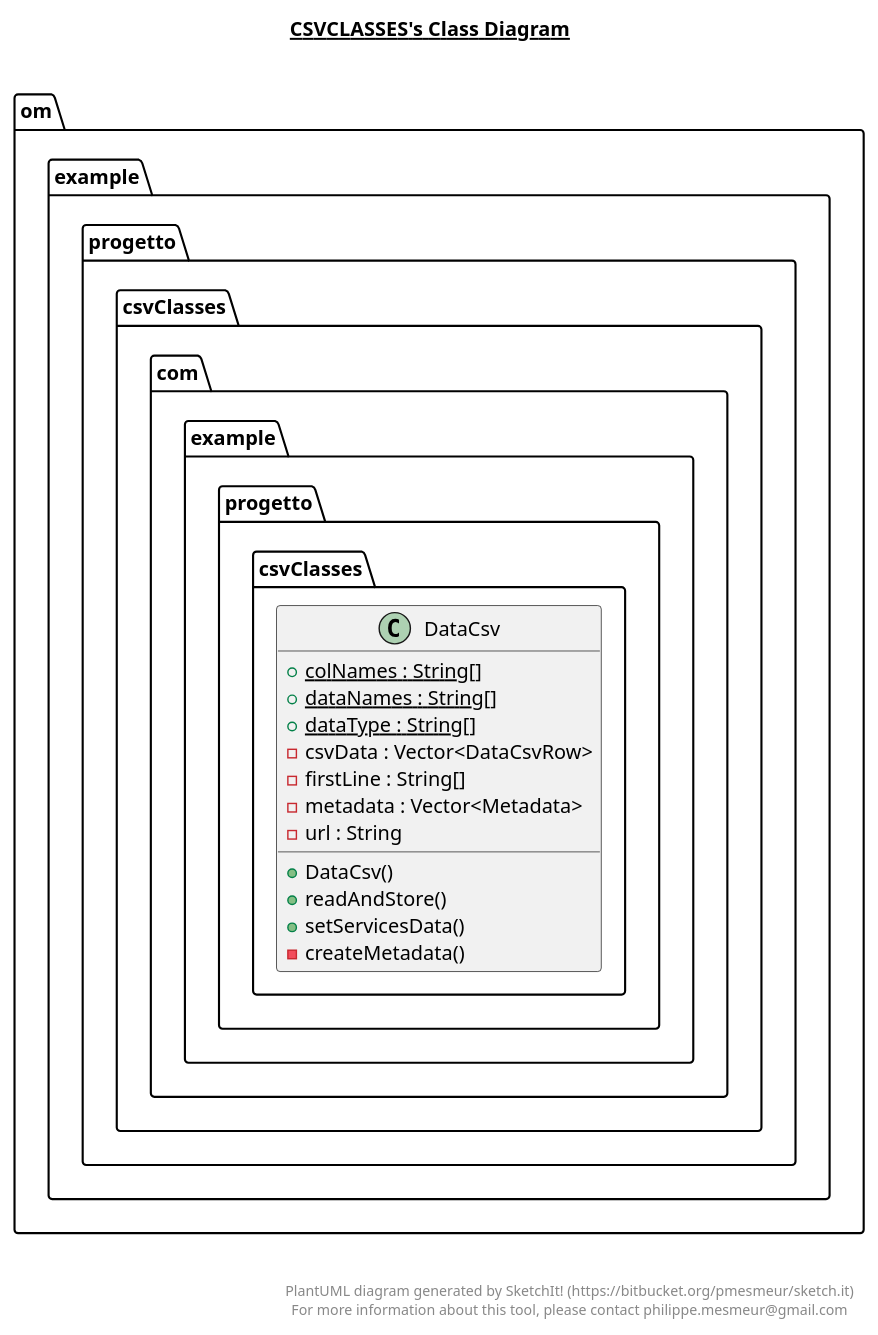
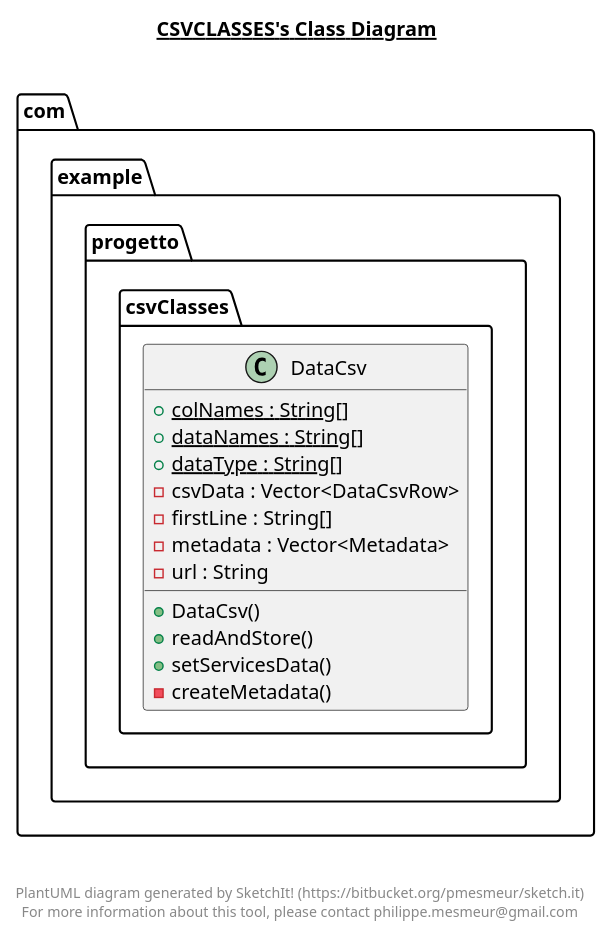
One commit to defo-cris/progetto-programmazione-ad-oggetti-java changed the diagram in src/main/java/com/example/progetto/csvClasses/csvClasses.plantuml. Above: the diagram before and after it, drawn with PlantUML. The commit also changed 22 other files, not shown here.

Commit message:
javadoc done, uml done, testing uml on the readme

```diff
--- a/src/main/java/com/example/progetto/csvClasses/csvClasses.plantuml
+++ b/src/main/java/com/example/progetto/csvClasses/csvClasses.plantuml
@@ -1,35 +1,35 @@
 @startuml
 
 title __CSVCLASSES's Class Diagram__\n
 
 
-    namespace om.example.progetto {
+    namespace com.example.progetto {
       namespace csvClasses {
         class com.example.progetto.csvClasses.DataCsv {
             {static} + colNames : String[]
             {static} + dataNames : String[]
             {static} + dataType : String[]
             - csvData : Vector<DataCsvRow>
             - firstLine : String[]
             - metadata : Vector<Metadata>
             - url : String
             + DataCsv()
             + readAndStore()
             + setServicesData()
             - createMetadata()
         }
       }
     }
 
   
 
 
 
 right footer
 
 
 PlantUML diagram generated by SketchIt! (https://bitbucket.org/pmesmeur/sketch.it)
 For more information about this tool, please contact philippe.mesmeur@gmail.com
 endfooter
 
 @enduml
```
